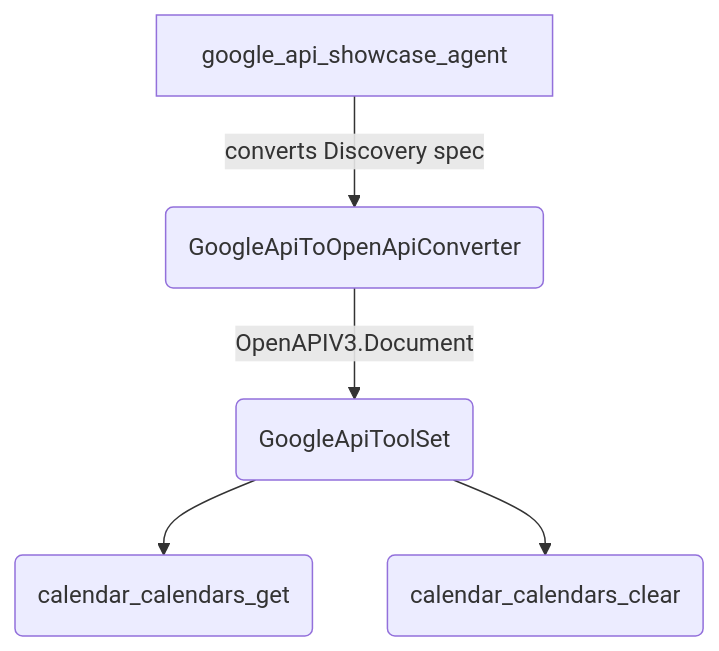
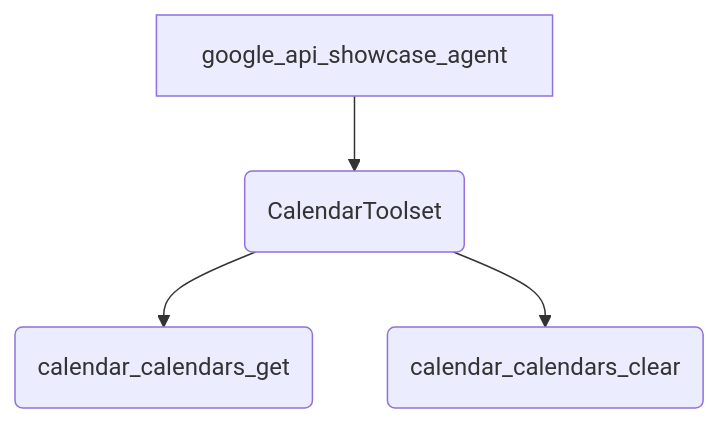
Before and after one commit to google/adk-js: the diagram in samples/tools/google_api_tool/README.md, drawn with Mermaid. The commit also changed other lines of this file and 14 other files, not shown here.

First line of the commit message:
refactor(tools): one GoogleApiToolset, no toolset singletons, private internals in google_api_tool

````diff
--- a/samples/tools/google_api_tool/README.md
+++ b/samples/tools/google_api_tool/README.md
@@ -15,7 +15,6 @@
 ```mermaid
 graph TD
-    Agent[google_api_showcase_agent] -->|converts Discovery spec| Converter(GoogleApiToOpenApiConverter)
-    Converter -->|OpenAPIV3.Document| Toolset(GoogleApiToolSet)
+    Agent[google_api_showcase_agent] --> Toolset(CalendarToolset)
     Toolset --> GetCalendar(calendar_calendars_get)
     Toolset --> ClearCalendar(calendar_calendars_clear)
 ```
````
